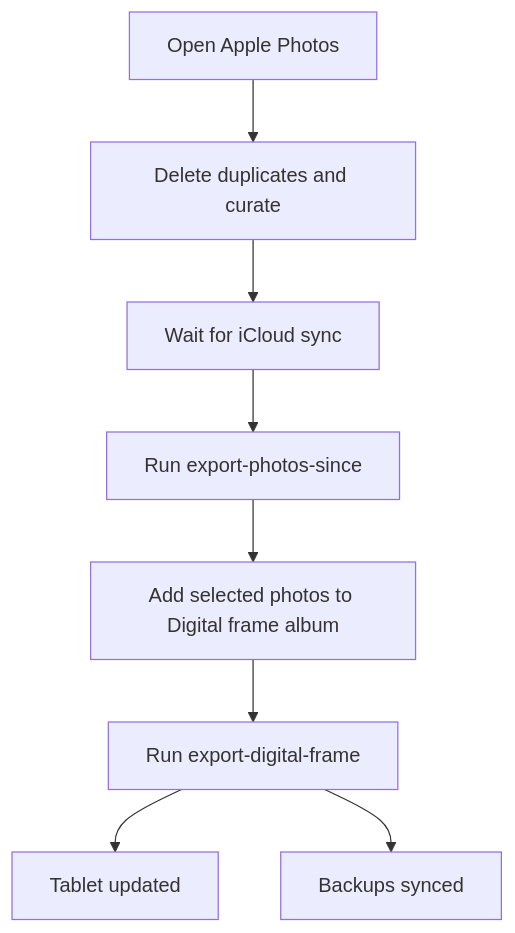
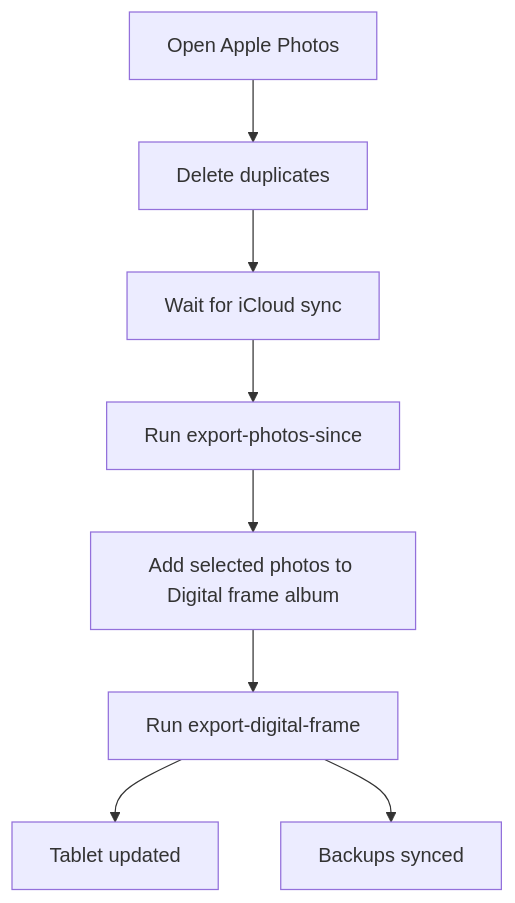
One commit to jonathas/jonathas.github.io changed the diagram in _posts/2026-03-08-how-i-replaced-dropbox-camera-uploads-with-an-automated-photo-sync-pipeline.md. Above: the diagram before and after it, drawn with Mermaid. The commit also changed other lines of this file, not shown here.

```diff
--- a/_posts/2026-03-08-how-i-replaced-dropbox-camera-uploads-with-an-automated-photo-sync-pipeline.md
+++ b/_posts/2026-03-08-how-i-replaced-dropbox-camera-uploads-with-an-automated-photo-sync-pipeline.md
@@ -110,10 +104,10 @@
 <div class="mermaid">
 flowchart TD
-    A[Open Apple Photos] --> B[Delete duplicates and curate]
+    A[Open Apple Photos] --> B[Delete duplicates]
     B --> C[Wait for iCloud sync]
     C --> D[Run export-photos-since]
     D --> E[Add selected photos to Digital frame album]
     E --> F[Run export-digital-frame]
     F --> G[Tablet updated]
     F --> H[Backups synced]
 </div>
```
